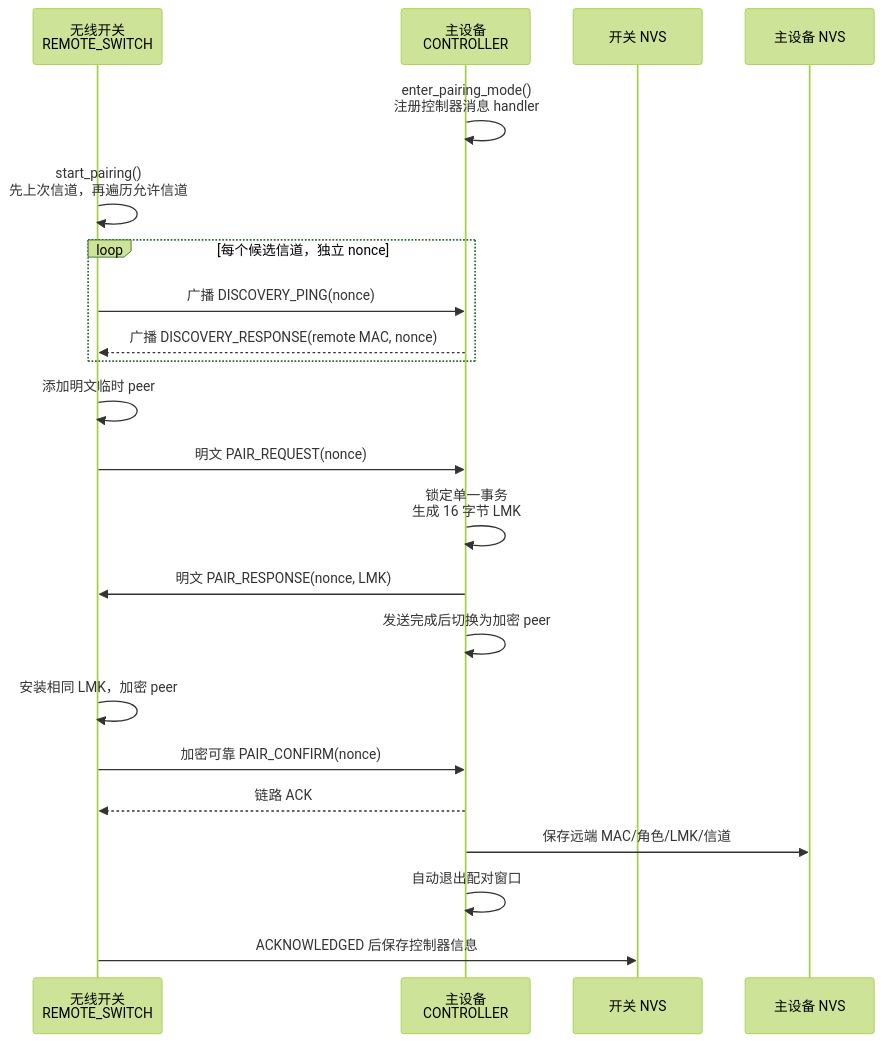
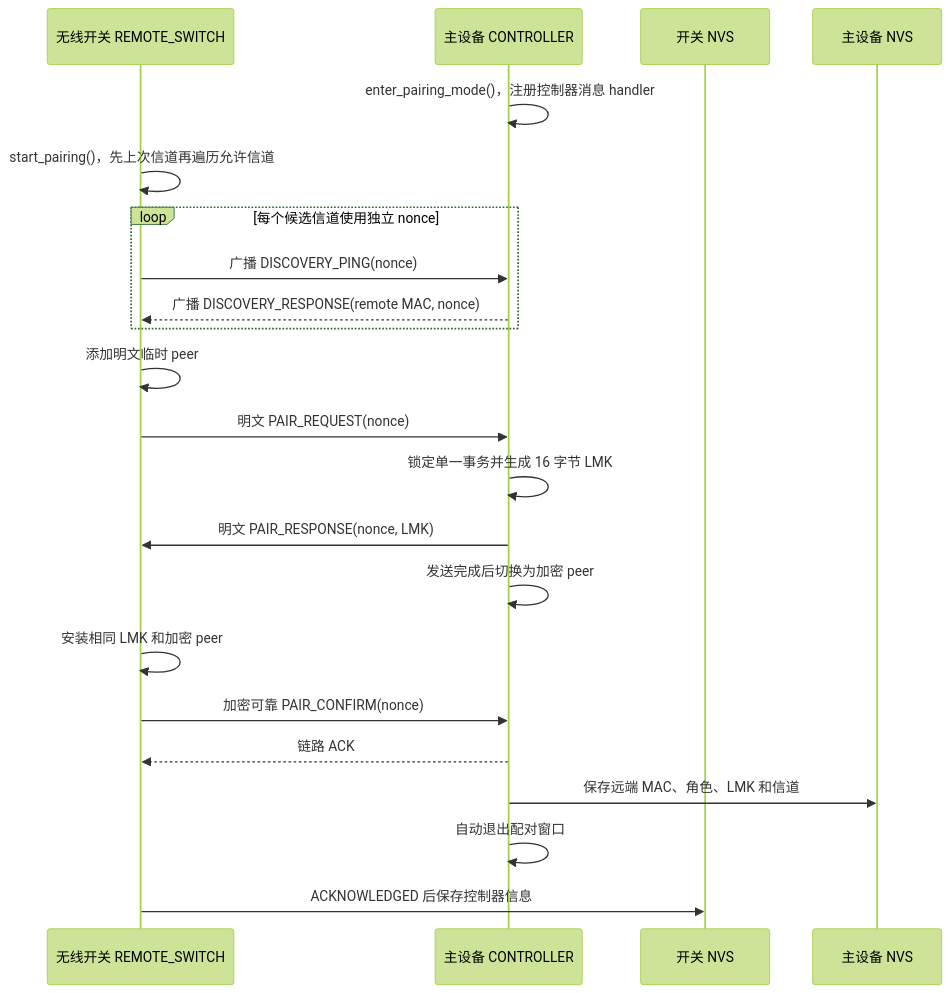
The sixth of 9 diagrams in components/middleware/espnow_link/README.md (qingmeijiupiao/Wireless_power_meter_lite), drawn with Mermaid (forest theme) before and after one commit. The commit also changed other lines of this file, not shown here.

````diff
--- a/components/middleware/espnow_link/README.md
+++ b/components/middleware/espnow_link/README.md
@@ -254,27 +254,27 @@
 ```mermaid
 sequenceDiagram
-    participant Remote as 无线开关<br/>REMOTE_SWITCH
-    participant Controller as 主设备<br/>CONTROLLER
-    participant NVS_R as 开关 NVS
-    participant NVS_C as 主设备 NVS
+    participant Remote as 无线开关 REMOTE_SWITCH;
+    participant Controller as 主设备 CONTROLLER;
+    participant NVS_R as 开关 NVS;
+    participant NVS_C as 主设备 NVS;
 
-    Controller->>Controller: enter_pairing_mode()<br/>注册控制器消息 handler
-    Remote->>Remote: start_pairing()<br/>先上次信道，再遍历允许信道
+    Controller->>Controller: enter_pairing_mode()，注册控制器消息 handler;
+    Remote->>Remote: start_pairing()，先上次信道再遍历允许信道;
 
-    loop 每个候选信道，独立 nonce
-        Remote->>Controller: 广播 DISCOVERY_PING(nonce)
-        Controller-->>Remote: 广播 DISCOVERY_RESPONSE(remote MAC, nonce)
-    end
+    loop 每个候选信道使用独立 nonce
+        Remote->>Controller: 广播 DISCOVERY_PING(nonce);
+        Controller-->>Remote: 广播 DISCOVERY_RESPONSE(remote MAC, nonce);
+    end;
 
-    Remote->>Remote: 添加明文临时 peer
-    Remote->>Controller: 明文 PAIR_REQUEST(nonce)
-    Controller->>Controller: 锁定单一事务<br/>生成 16 字节 LMK
-    Controller->>Remote: 明文 PAIR_RESPONSE(nonce, LMK)
-    Controller->>Controller: 发送完成后切换为加密 peer
-    Remote->>Remote: 安装相同 LMK，加密 peer
-    Remote->>Controller: 加密可靠 PAIR_CONFIRM(nonce)
-    Controller-->>Remote: 链路 ACK
-    Controller->>NVS_C: 保存远端 MAC/角色/LMK/信道
-    Controller->>Controller: 自动退出配对窗口
-    Remote->>NVS_R: ACKNOWLEDGED 后保存控制器信息
+    Remote->>Remote: 添加明文临时 peer;
+    Remote->>Controller: 明文 PAIR_REQUEST(nonce);
+    Controller->>Controller: 锁定单一事务并生成 16 字节 LMK;
+    Controller->>Remote: 明文 PAIR_RESPONSE(nonce, LMK);
+    Controller->>Controller: 发送完成后切换为加密 peer;
+    Remote->>Remote: 安装相同 LMK 和加密 peer;
+    Remote->>Controller: 加密可靠 PAIR_CONFIRM(nonce);
+    Controller-->>Remote: 链路 ACK;
+    Controller->>NVS_C: 保存远端 MAC、角色、LMK 和信道;
+    Controller->>Controller: 自动退出配对窗口;
+    Remote->>NVS_R: ACKNOWLEDGED 后保存控制器信息;
 ```
````
